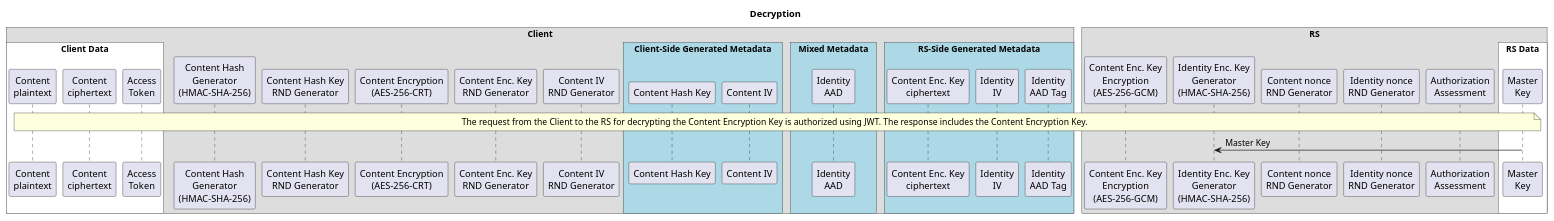
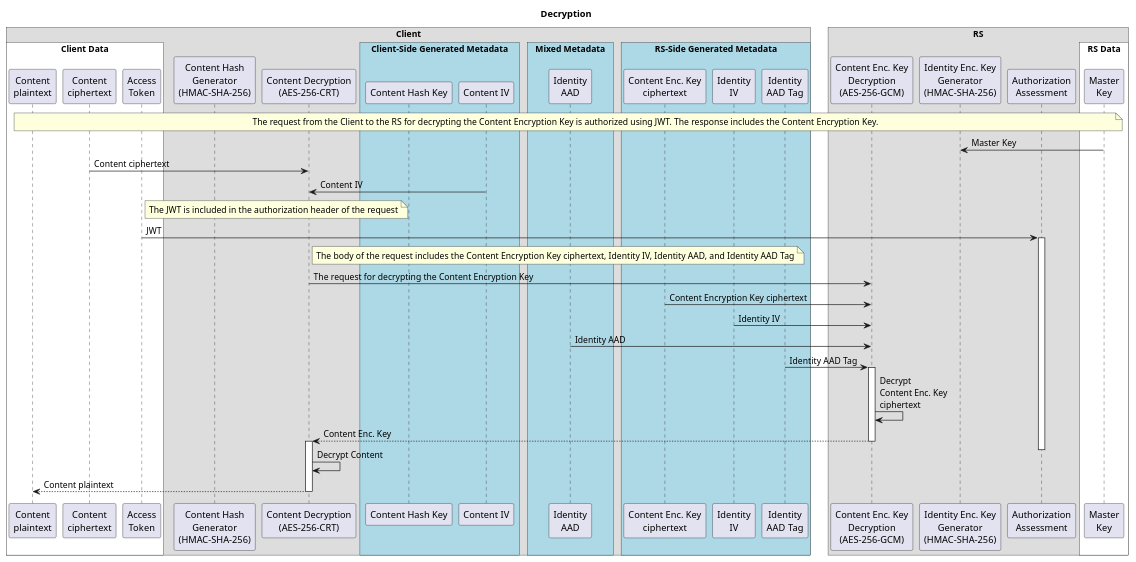
Before and after one commit to umalabs/ibe: the second of 2 diagrams in docs/CRYPTOGRAPHY.md, drawn with PlantUML. The commit also changed other lines of this file, not shown here.

Commit message:
decryption (not ready)

````diff
--- a/docs/CRYPTOGRAPHY.md
+++ b/docs/CRYPTOGRAPHY.md
@@ -193,10 +193,7 @@
 
 ' --- Client ---
 participant "Content Hash\nGenerator\n(HMAC-SHA-256)" as ContentHashGen
-participant "Content Hash Key\nRND Generator" as ContentHashKeyRNDGen
-participant "Content Encryption\n(AES-256-CRT)" as ContentEncryption
-participant "Content Enc. Key\nRND Generator" as ContentEncKeyRNDGen
-participant "Content IV\nRND Generator" as ContentIV_RNDGen
+participant "Content Decryption\n(AES-256-CRT)" as ContentDecryption
 
 ' --- Client Inputs ---
 participant "Content\nplaintext" as ContentPlaintext
@@ -211,9 +208,7 @@
 
 ' --- RS ---
 participant "Identity Enc. Key\nGenerator\n(HMAC-SHA-256)" as IdentityEncKeyGen
-participant "Content Enc. Key\nEncryption\n(AES-256-GCM)" as ContentEncKeyEncryption
-participant "Content nonce\nRND Generator" as ContentNonceRNDGen
-participant "Identity nonce\nRND Generator" as IdentityNonceRNDGen
+participant "Content Enc. Key\nDecryption\n(AES-256-GCM)" as ContentEncKeyDecryption
 participant "Authorization\nAssessment" as AuthorizationAssessment
 
 ' --- RS Inputs ---
@@ -235,10 +230,7 @@
     end box
 
     participant ContentHashGen
-    participant ContentHashKeyRNDGen
-    participant ContentEncryption
-    participant ContentEncKeyRNDGen
-    participant ContentIV_RNDGen
+    participant ContentDecryption
 
     box "Client-Side Generated Metadata" #LightBlue
         participant ContentHashKeyMetadata
@@ -257,10 +249,8 @@
 end box
 
 box "RS"
-    participant ContentEncKeyEncryption
+    participant ContentEncKeyDecryption
     participant IdentityEncKeyGen
-    participant ContentNonceRNDGen
-    participant IdentityNonceRNDGen
     participant AuthorizationAssessment
 
     box "RS Data" #White
@@ -271,5 +261,35 @@
 note across: The request from the Client to the RS for decrypting the Content Encryption Key is authorized using JWT. The response includes the Content Encryption Key.
 
 Masterkey -> IdentityEncKeyGen: Master Key
+
+' --- Content ciphertext decryption ---
+ContentCiphertext -> ContentDecryption: Content ciphertext
+ContentIVMetadata -> ContentDecryption: Content IV
+' --- Request Authorization Header
+note right of AccessToken: The JWT is included in the authorization header of the request
+AccessToken->AuthorizationAssessment: JWT
+activate AuthorizationAssessment
+' --- Request Body ---
+note right of ContentDecryption: The body of the request includes the Content Encryption Key ciphertext, Identity IV, Identity AAD, and Identity AAD Tag
+ContentDecryption -> ContentEncKeyDecryption: The request for decrypting the Content Encryption Key
+' --- Content Encryption Key decryption ---
+ContentEncKeyCiphertextMetadata -> ContentEncKeyDecryption: Content Encryption Key ciphertext
+IdentityIVMetadata -> ContentEncKeyDecryption: Identity IV
+IdentityAADMetadata -> ContentEncKeyDecryption: Identity AAD
+IdentityAADTagMetadata -> ContentEncKeyDecryption: Identity AAD Tag
+' --- Content Encryption Key decryption process ---
+activate ContentEncKeyDecryption
+ContentEncKeyDecryption -> ContentEncKeyDecryption: Decrypt\nContent Enc. Key\nciphertext
+ContentEncKeyDecryption --> ContentDecryption: Content Enc. Key
+deactivate ContentEncKeyDecryption
+deactivate AuthorizationAssessment
+
+' --- Content plaintext decryption process ---
+activate ContentDecryption
+ContentDecryption -> ContentDecryption: Decrypt Content
+ContentDecryption --> ContentPlaintext: Content plaintext
+deactivate ContentDecryption
+
+
 @enduml
 ```
````
